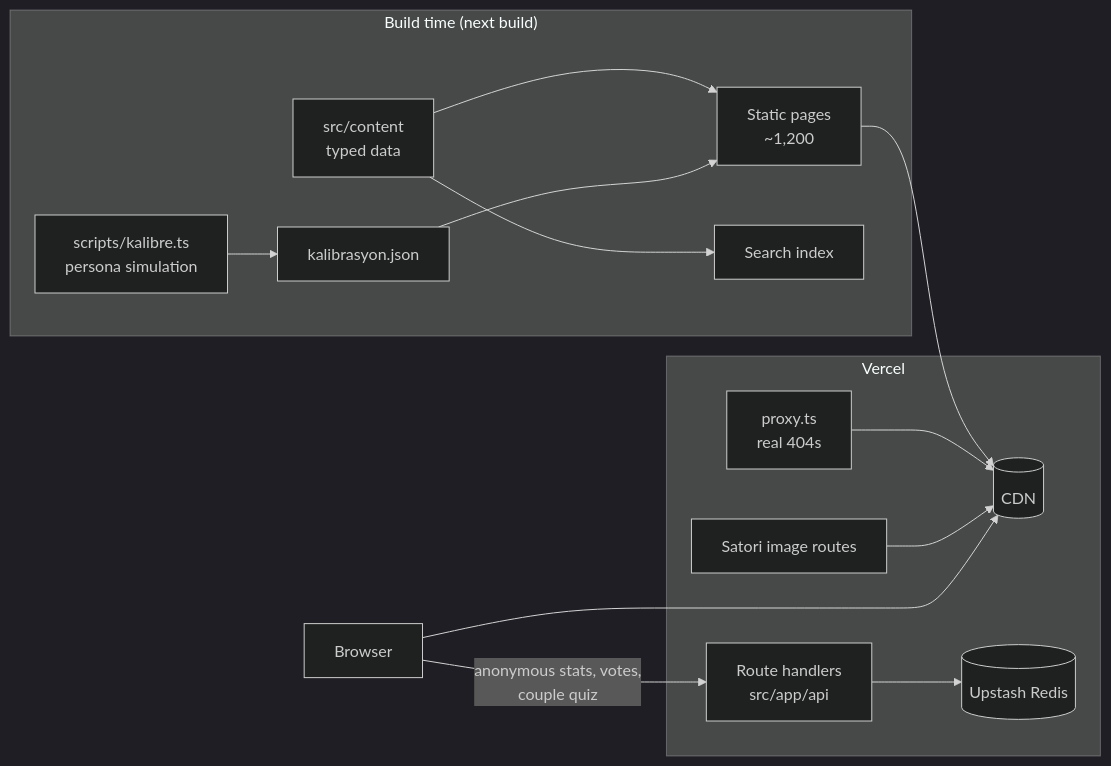
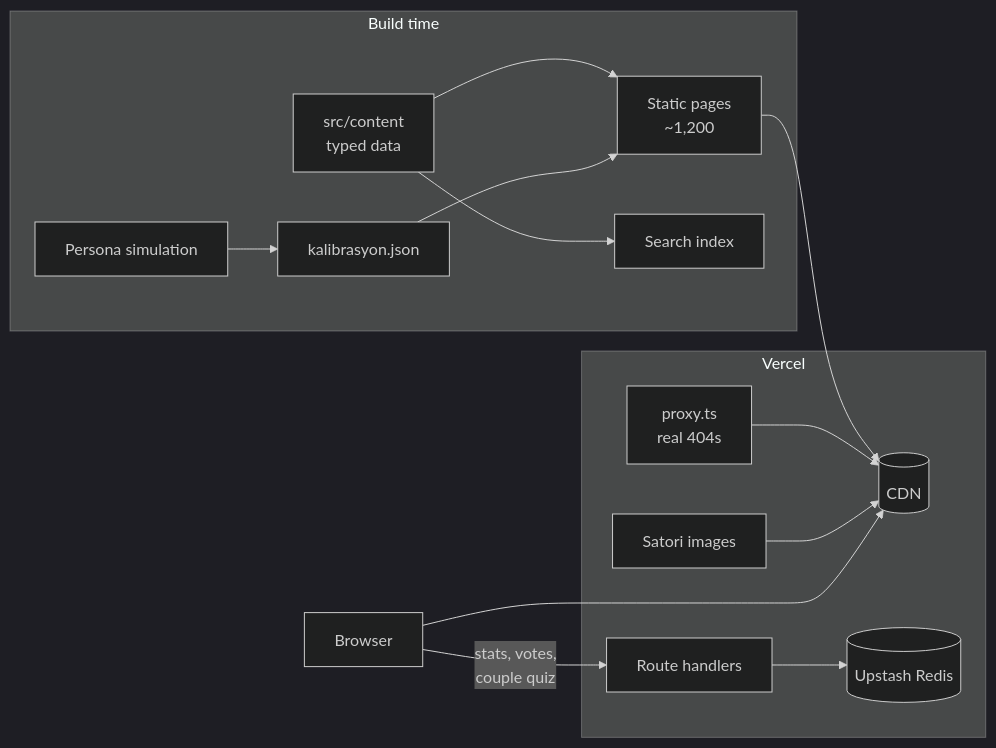
One commit to omersemihuzun/sosyaleglence changed the diagram in README.md. Above: the diagram before and after it, drawn with Mermaid (dark theme). The commit also changed other lines of this file and 13 other files, not shown here.

````diff
--- a/README.md
+++ b/README.md
@@ -45,17 +60,17 @@
 ```mermaid
 flowchart LR
-  subgraph Build["Build time (next build)"]
+  subgraph Build["Build time"]
     C[src/content<br/>typed data] --> P[Static pages<br/>~1,200]
     C --> I[Search index]
-    K[scripts/kalibre.ts<br/>persona simulation] --> J[kalibrasyon.json]
+    K[Persona simulation] --> J[kalibrasyon.json]
     J --> P
   end
-  subgraph Edge["Vercel"]
+  subgraph Vercel
     P --> CDN[(CDN)]
     PX[proxy.ts<br/>real 404s] --> CDN
-    API[Route handlers<br/>src/app/api] --> R[(Upstash Redis)]
-    OG[Satori image routes] --> CDN
+    API[Route handlers] --> R[(Upstash Redis)]
+    OG[Satori images] --> CDN
   end
   B[Browser] --> CDN
-  B -- anonymous stats, votes,<br/>couple quiz --> API
+  B -- stats, votes,<br/>couple quiz --> API
 ```
````
